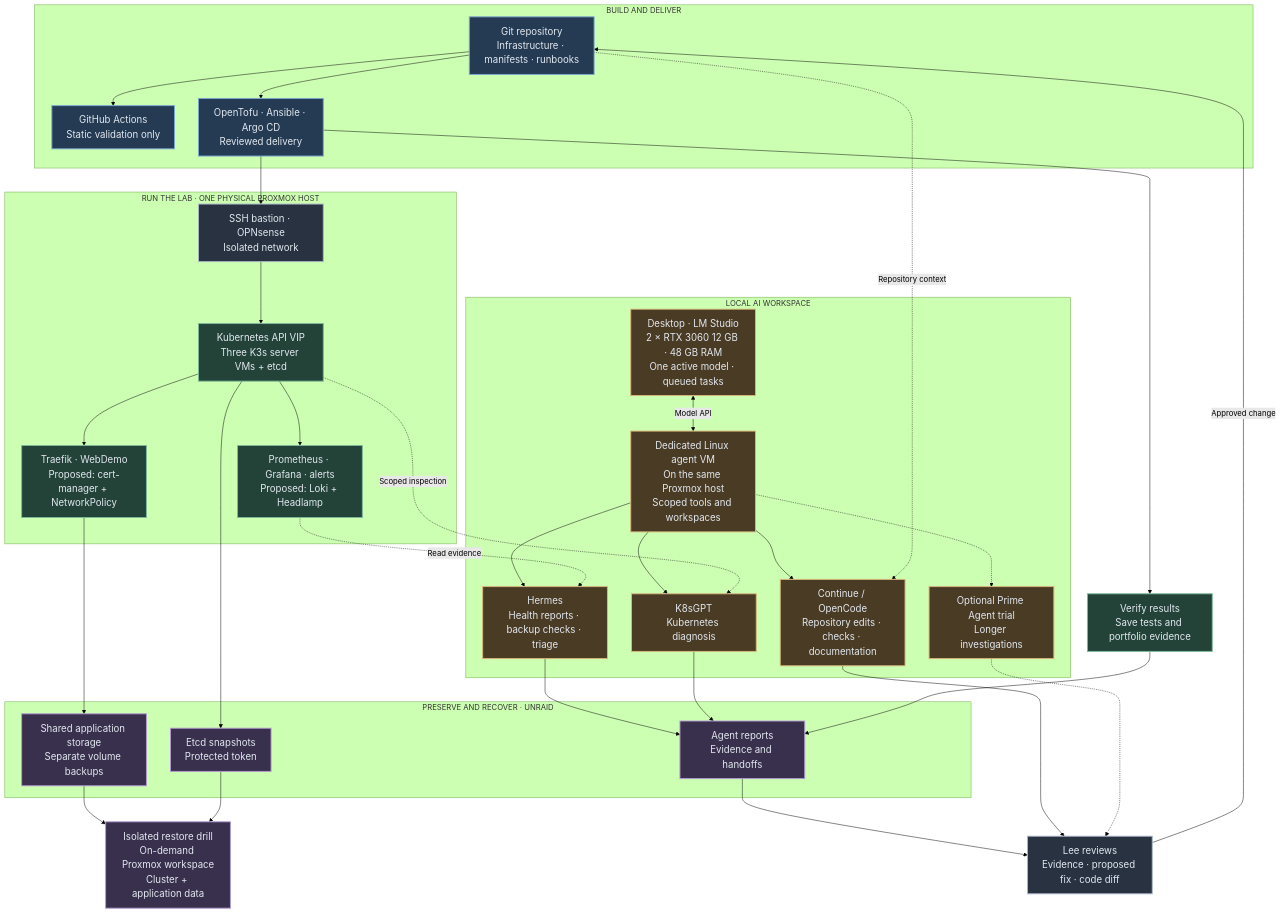
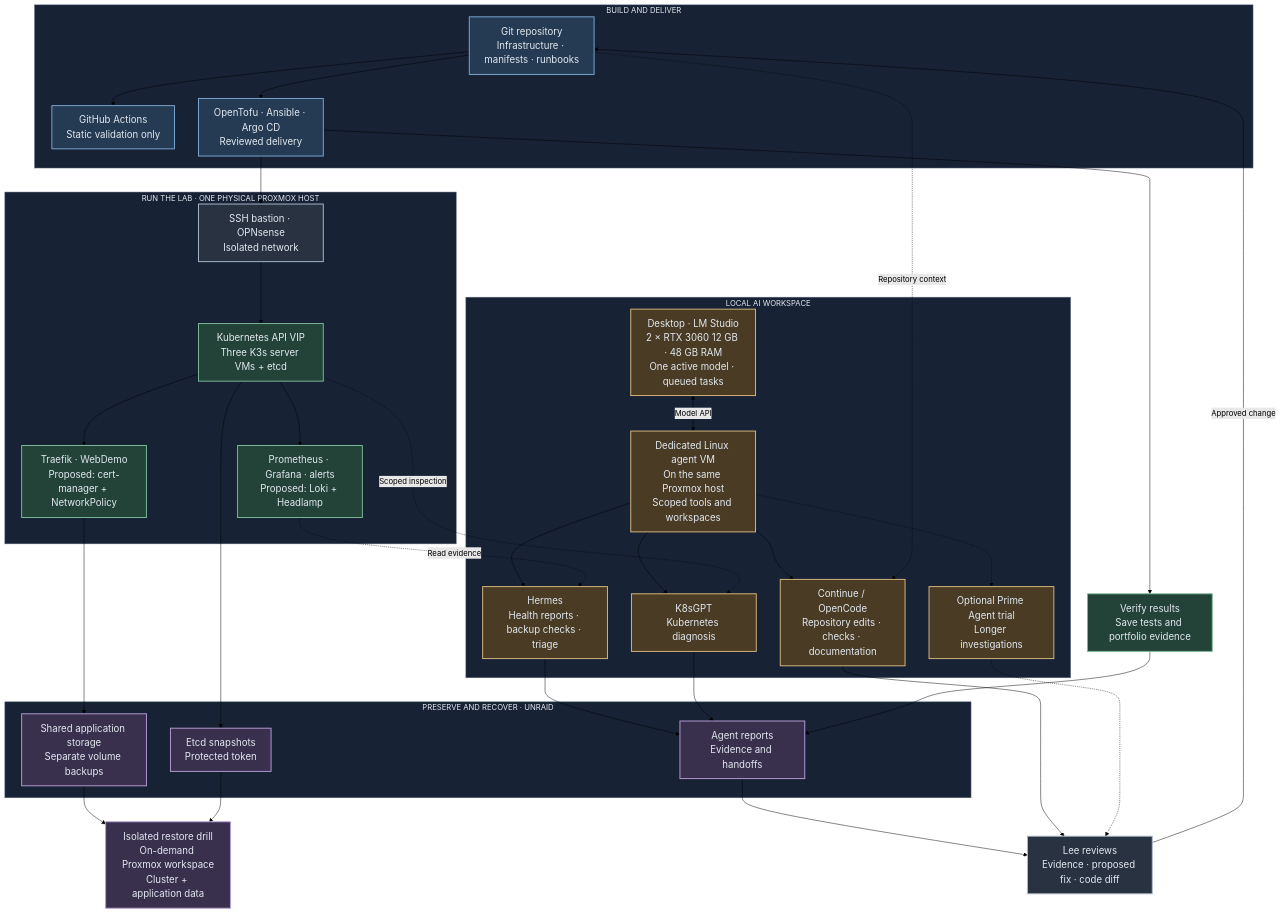
The third of 3 diagrams in README.md (Capasiter/homelab-portfolio), drawn with Mermaid (forest theme) before and after one commit. The commit also changed other lines of this file, not shown here.

Commit message:
docs: retain muted backgrounds around architecture groups

````diff
--- a/README.md
+++ b/README.md
@@ -243,66 +251,70 @@
 ```mermaid
 flowchart TB
     subgraph Build["BUILD AND DELIVER"]
         Git["Git repository<br/>Infrastructure · manifests · runbooks"]
         CI["GitHub Actions<br/>Static validation only"]
         Deploy["OpenTofu · Ansible · Argo CD<br/>Reviewed delivery"]
         Git --> CI
         Git --> Deploy
     end
     subgraph Lab["RUN THE LAB · ONE PHYSICAL PROXMOX HOST"]
         Network["SSH bastion · OPNsense<br/>Isolated network"]
         K3s["Kubernetes API VIP<br/>Three K3s server VMs + etcd"]
         Apps["Traefik · WebDemo<br/>Proposed: cert-manager + NetworkPolicy"]
         Observe["Prometheus · Grafana · alerts<br/>Proposed: Loki + Headlamp"]
         Network --> K3s
         K3s --> Apps
         K3s --> Observe
     end
     subgraph AI["LOCAL AI WORKSPACE"]
         Desktop["Desktop · LM Studio<br/>2 × RTX 3060 12 GB · 48 GB RAM<br/>One active model · queued tasks"]
         VM["Dedicated Linux agent VM<br/>On the same Proxmox host<br/>Scoped tools and workspaces"]
         Ops["Hermes<br/>Health reports · backup checks · triage"]
         Code["Continue / OpenCode<br/>Repository edits · checks · documentation"]
         Diagnose["K8sGPT<br/>Kubernetes diagnosis"]
         Prime["Optional Prime Agent trial<br/>Longer investigations"]
         Desktop <-->|Model API| VM
         VM --> Ops
         VM --> Code
         VM --> Diagnose
         VM -.-> Prime
     end
     subgraph Recovery["PRESERVE AND RECOVER · UNRAID"]
         Data["Shared application storage<br/>Separate volume backups"]
         Snapshots["Etcd snapshots<br/>Protected token"]
         Records["Agent reports<br/>Evidence and handoffs"]
     end
     Restore["Isolated restore drill<br/>On-demand Proxmox workspace<br/>Cluster + application data"]
     Review["Lee reviews<br/>Evidence · proposed fix · code diff"]
     Verify["Verify results<br/>Save tests and portfolio evidence"]
     Deploy --> Network
     Observe -.->|Read evidence| Ops
     K3s -.->|Scoped inspection| Diagnose
     Git -.->|Repository context| Code
     Apps --> Data
     K3s --> Snapshots
     Data --> Restore
     Snapshots --> Restore
     Ops --> Records
     Diagnose --> Records
     Records --> Review
     Code --> Review
     Prime -.-> Review
     Review -->|Approved change| Git
     Deploy --> Verify
     Verify --> Records
     classDef blue fill:#243b53,stroke:#7ba7d1,color:#e2e8f0,stroke-width:2px,font-size:20px
     classDef green fill:#234338,stroke:#7cb99a,color:#e2e8f0,stroke-width:2px,font-size:20px
     classDef purple fill:#39304d,stroke:#b49bd4,color:#e2e8f0,stroke-width:2px,font-size:20px
     classDef gray fill:#293241,stroke:#a9b8c8,color:#e2e8f0,stroke-width:2px,font-size:20px
     classDef amber fill:#4a3b24,stroke:#d7b77b,color:#e2e8f0,stroke-width:2px,font-size:20px
     class Git,CI,Deploy blue
     class K3s,Apps,Observe,Verify green
     class Data,Snapshots,Records,Restore purple
     class Network,Review gray
     class Desktop,VM,Ops,Code,Diagnose,Prime amber
+    style Build fill:#182235,stroke:#64748b,color:#e2e8f0
+    style Lab fill:#182235,stroke:#64748b,color:#e2e8f0
+    style AI fill:#182235,stroke:#64748b,color:#e2e8f0
+    style Recovery fill:#182235,stroke:#64748b,color:#e2e8f0
 ```
````
